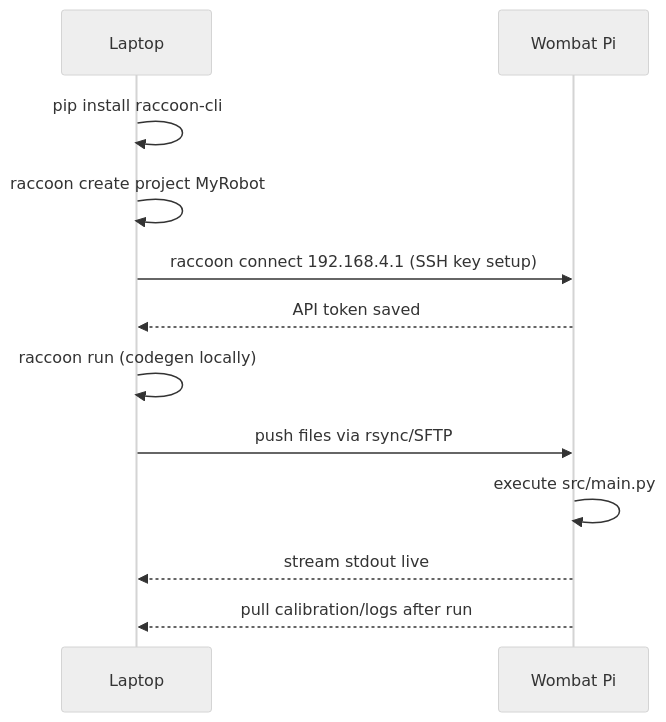
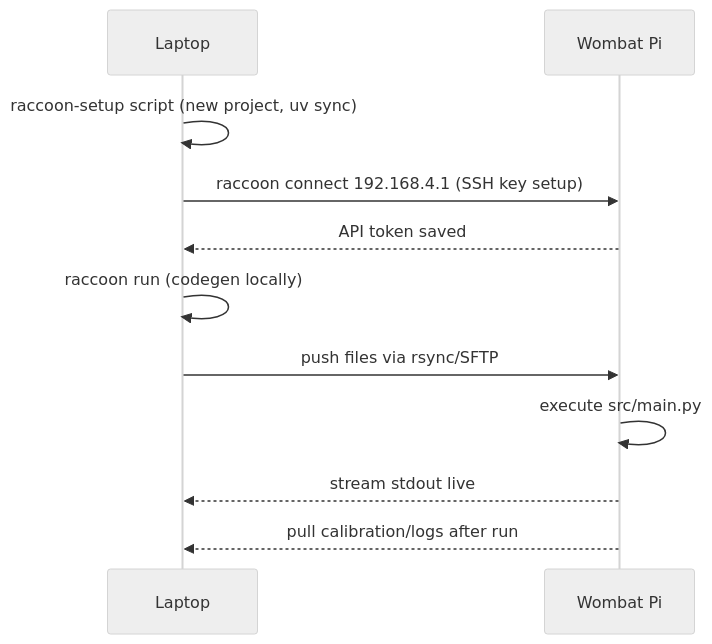
Before and after one commit to htl-stp-ecer/documentation: the diagram in content/04-raccoon-cli/00-quick-start.md, drawn with Mermaid (neutral theme). The commit also changed other lines of this file and 10 other files, not shown here.

First line of the commit message:
docs: raccoon missions replaces create/list/remove/reorder; projects come from the setup script

````diff
--- a/content/04-raccoon-cli/00-quick-start.md
+++ b/content/04-raccoon-cli/00-quick-start.md
@@ -15,15 +15,14 @@
 ```mermaid
 sequenceDiagram
     participant L as Laptop
     participant Pi as Wombat Pi
 
-    L->>L: pip install raccoon-cli
-    L->>L: raccoon create project MyRobot
+    L->>L: raccoon-setup script (new project, uv sync)
     L->>Pi: raccoon connect 192.168.4.1 (SSH key setup)
     Pi-->>L: API token saved
     L->>L: raccoon run (codegen locally)
     L->>Pi: push files via rsync/SFTP
     Pi->>Pi: execute src/main.py
     Pi-->>L: stream stdout live
     Pi-->>L: pull calibration/logs after run
 ```
````
